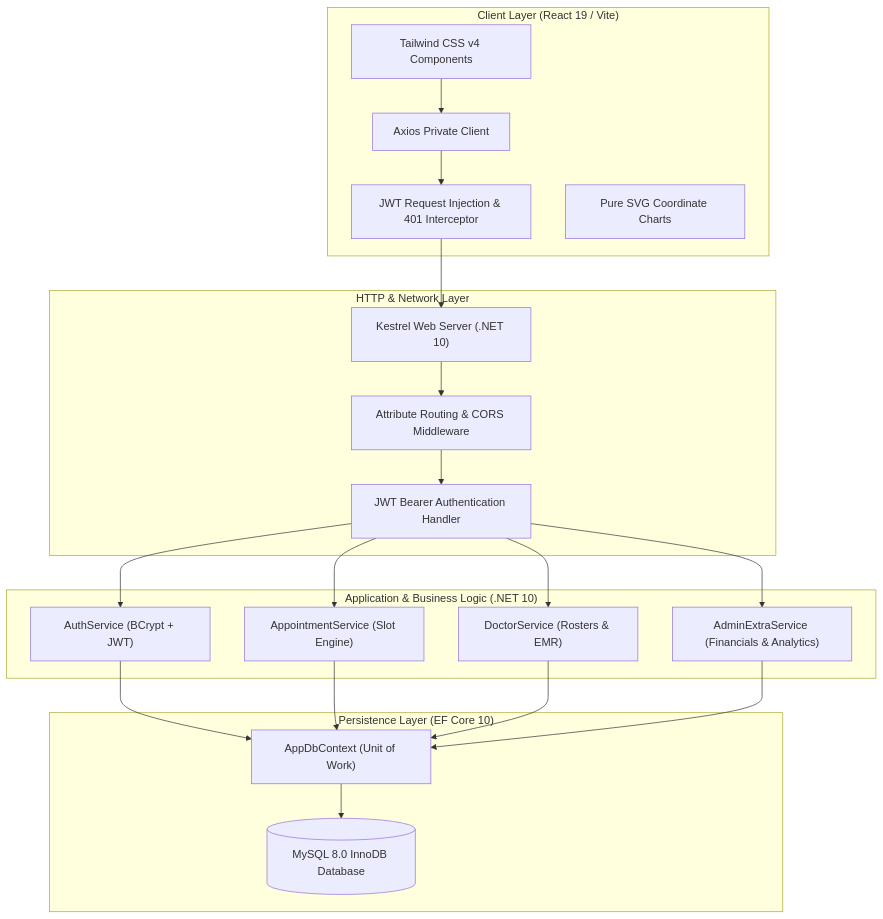
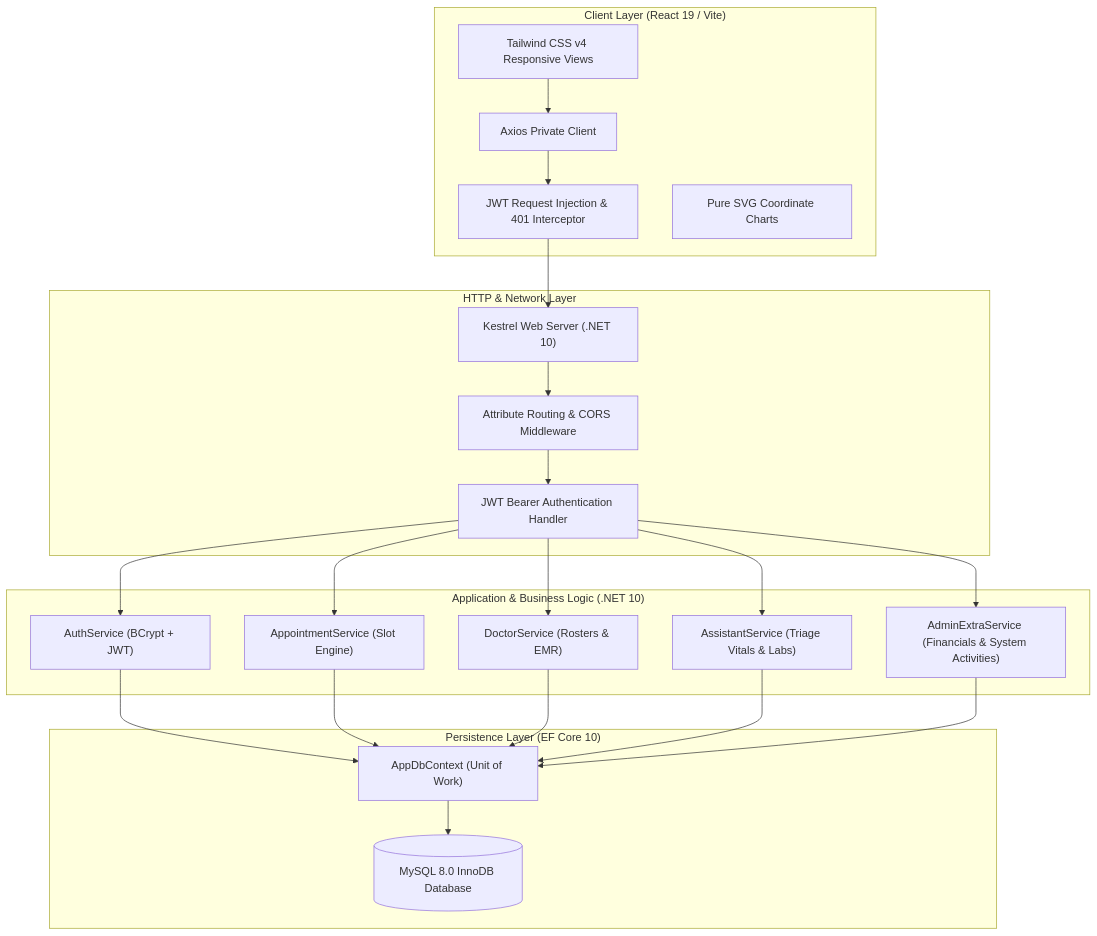
Before and after one commit to muhammadusman2228/CareFlow: the first of 2 diagrams in README.md, drawn with Mermaid. The commit also changed other lines of this file and 38 other files, not shown here.

````diff
--- a/README.md
+++ b/README.md
@@ -29,42 +42,45 @@
 ```mermaid
 flowchart TD
     subgraph Client ["Client Layer (React 19 / Vite)"]
-        UI["Tailwind CSS v4 Components"]
+        UI["Tailwind CSS v4 Responsive Views"]
         AXIOS["Axios Private Client"]
         INTERCEPTOR["JWT Request Injection & 401 Interceptor"]
         SVG["Pure SVG Coordinate Charts"]
     end
 
     subgraph Gateway ["HTTP & Network Layer"]
         KESTREL["Kestrel Web Server (.NET 10)"]
         ROUTING["Attribute Routing & CORS Middleware"]
         AUTH_MW["JWT Bearer Authentication Handler"]
     end
 
     subgraph Services ["Application & Business Logic (.NET 10)"]
         AUTH_SVC["AuthService (BCrypt + JWT)"]
         APPT_SVC["AppointmentService (Slot Engine)"]
         DOC_SVC["DoctorService (Rosters & EMR)"]
-        ADMIN_SVC["AdminExtraService (Financials & Analytics)"]
+        ASST_SVC["AssistantService (Triage Vitals & Labs)"]
+        ADMIN_SVC["AdminExtraService (Financials & System Activities)"]
     end
 
     subgraph Data ["Persistence Layer (EF Core 10)"]
         DBCONTEXT["AppDbContext (Unit of Work)"]
         MYSQL[("MySQL 8.0 InnoDB Database")]
     end
 
     UI --> AXIOS
     AXIOS --> INTERCEPTOR
     INTERCEPTOR --> KESTREL
     KESTREL --> ROUTING
     ROUTING --> AUTH_MW
     AUTH_MW --> AUTH_SVC
     AUTH_MW --> APPT_SVC
     AUTH_MW --> DOC_SVC
+    AUTH_MW --> ASST_SVC
     AUTH_MW --> ADMIN_SVC
     AUTH_SVC --> DBCONTEXT
     APPT_SVC --> DBCONTEXT
     DOC_SVC --> DBCONTEXT
+    ASST_SVC --> DBCONTEXT
     ADMIN_SVC --> DBCONTEXT
     DBCONTEXT --> MYSQL
 ```
````
